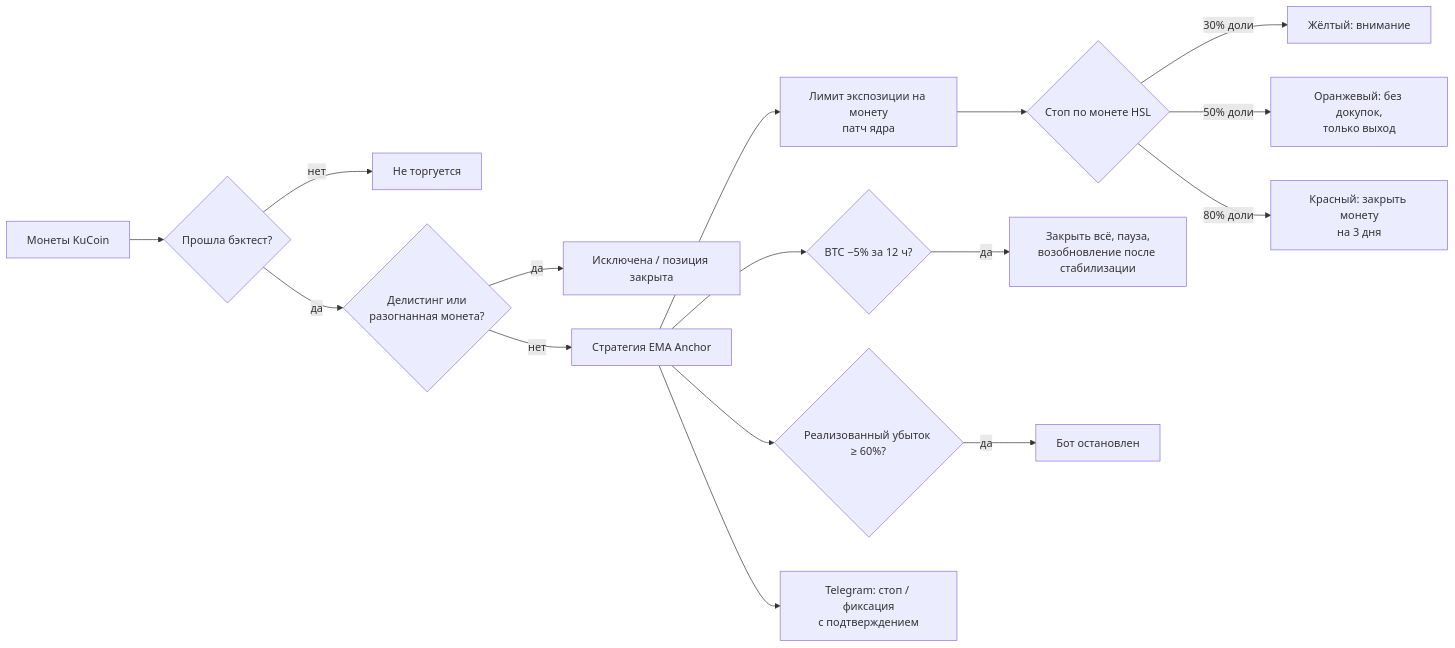
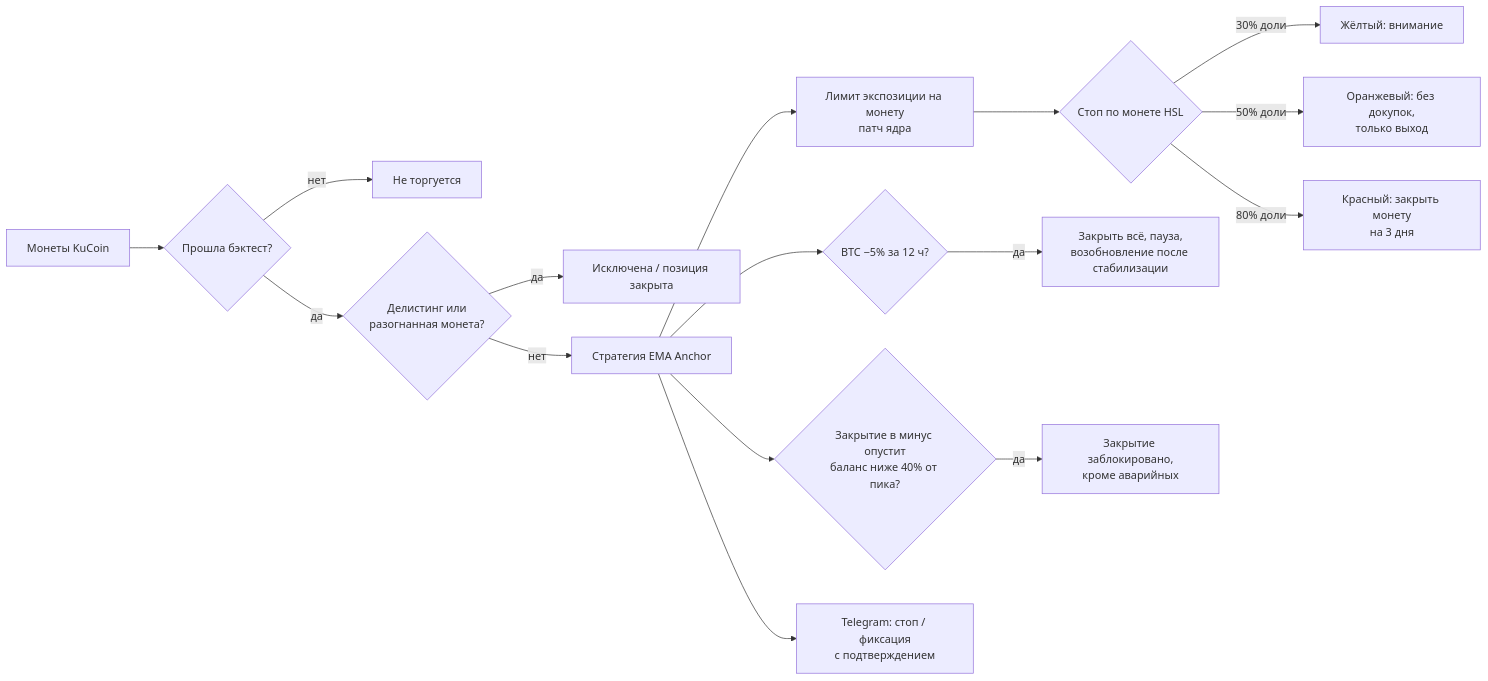
One commit to edlianyandex-commits/kucoin-turbo-bot changed the diagram in README.ru.md. Above: the diagram before and after it, drawn with Mermaid. The commit also changed other lines of this file and 1 other file, not shown here.

````diff
--- a/README.ru.md
+++ b/README.ru.md
@@ -180,18 +187,18 @@
 ```mermaid
 flowchart LR
     A[Монеты KuCoin] --> B{Прошла бэктест?}
     B -- нет --> X1[Не торгуется]
     B -- да --> C{Делистинг или<br/>разогнанная монета?}
     C -- да --> X2[Исключена / позиция закрыта]
     C -- нет --> D[Стратегия EMA Anchor]
     D --> E[Лимит экспозиции на монету<br/>патч ядра]
     E --> F{Стоп по монете HSL}
     F -- 30% доли --> F1[Жёлтый: внимание]
     F -- 50% доли --> F2[Оранжевый: без докупок,<br/>только выход]
     F -- 80% доли --> F3[Красный: закрыть монету<br/>на 3 дня]
     D --> G{BTC −5% за 12 ч?}
     G -- да --> G1[Закрыть всё, пауза,<br/>возобновление после стабилизации]
-    D --> H{Реализованный убыток ≥ 60%?}
-    H -- да --> H1[Бот остановлен]
+    D --> H{Закрытие в минус опустит<br/>баланс ниже 40% от пика?}
+    H -- да --> H1[Закрытие заблокировано,<br/>кроме аварийных]
     D --> I[Telegram: стоп / фиксация<br/>с подтверждением]
 ```
````
